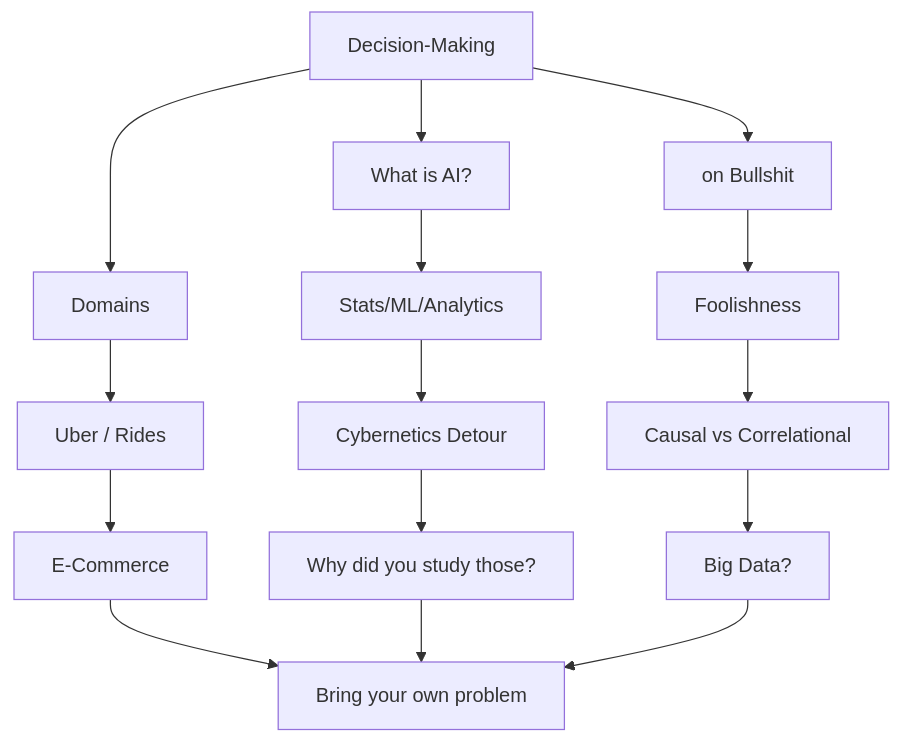
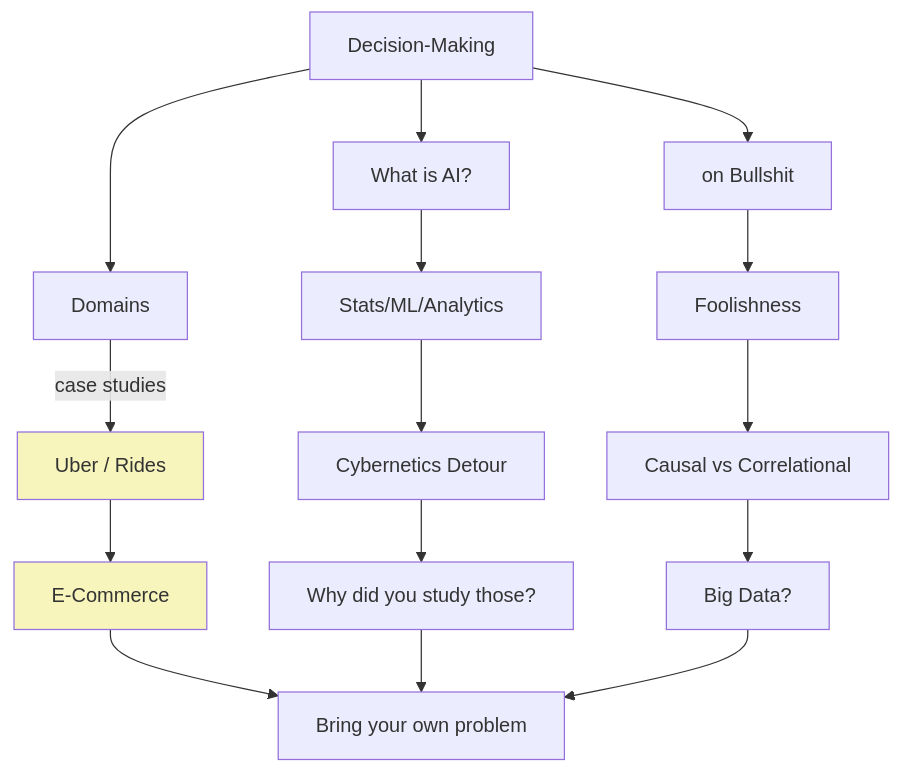
Before and after one commit to Bizovi/decision-making-website: the first of 2 diagrams in course_book/01_fundamentals/background.qmd, drawn with Mermaid. The commit also changed other lines of this file and 4 other files, not shown here.

````diff
--- a/course_book/01_fundamentals/background.qmd
+++ b/course_book/01_fundamentals/background.qmd
@@ -41,19 +41,22 @@
 ```{mermaid}
 %%| label: fig-mermaid
 %%| fig-width: 9
 %%| fig-cap: |
 %%|   A mind map and roadmap of the ideas and topics in this lecture. 
 %%|   It is designed to give you a wide context in which AI is used and misused.
 %%|   The classroom version is designed to be participatory and conversational, 
 %%|   but I will try to do my best to communicate that spirit in written form
 
 flowchart TD
-  DM[Decision-Making] --> Domains[Domains] --> U[Uber / Rides] --> Ecom[E-Commerce]
+  DM[Decision-Making] --> Domains[Domains] -- case studies --> U[Uber / Rides] --> Ecom[E-Commerce]
   DM --> AI[What is AI?] --> Choice[Stats/ML/Analytics]
   Choice --> Cy[Cybernetics Detour] --> F[Why did you study those?]
   DM --> BS[on Bullshit] --> Fool[Foolishness] --> Caus[Causal vs Correlational] --> BD[Big Data?]
 
   Ecom --> BYOP[Bring your own problem]
   F --> BYOP
   BD --> BYOP
+
+  style U fill:#f7f5bc
+  style Ecom fill:#f7f5bc
 ```
````
